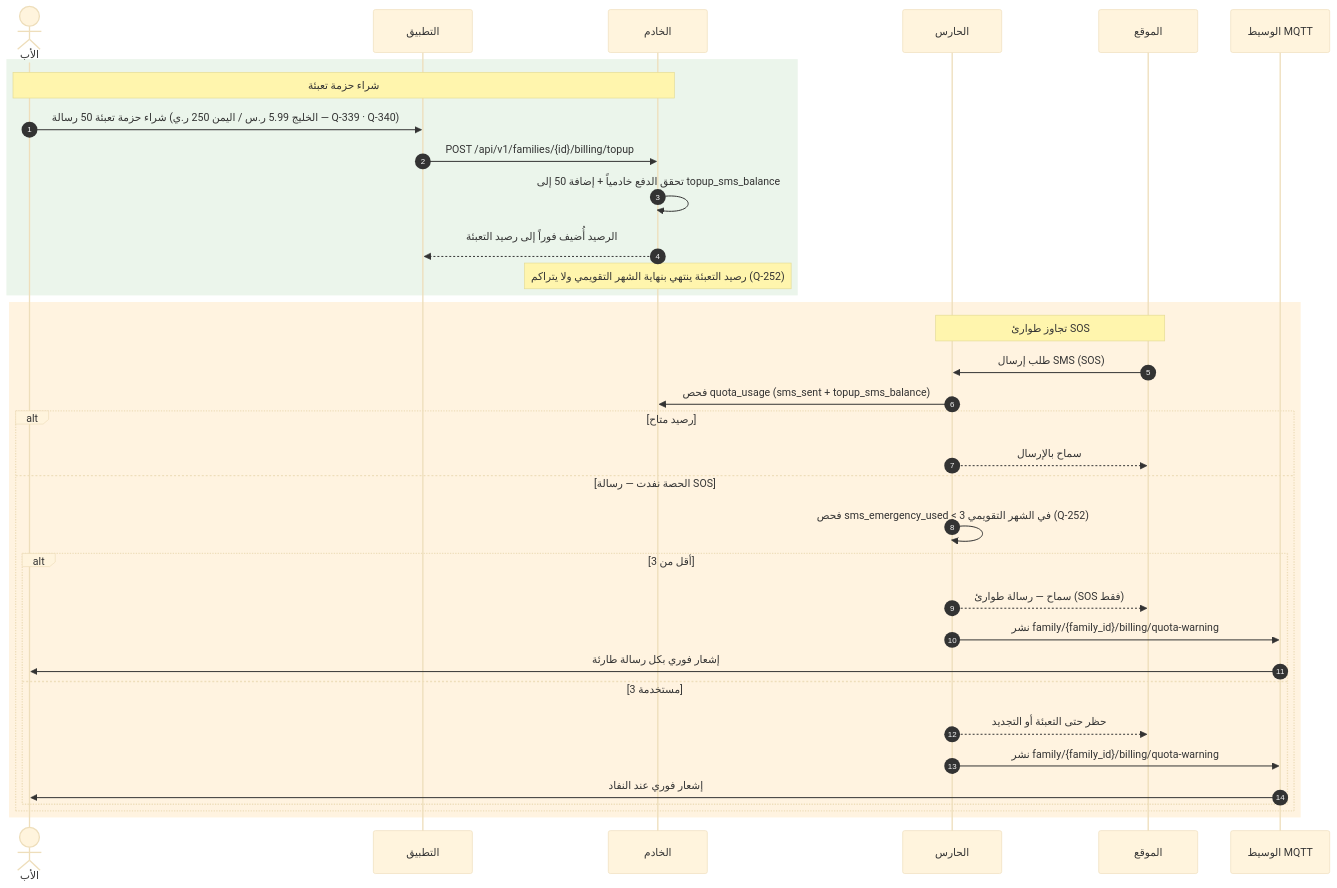
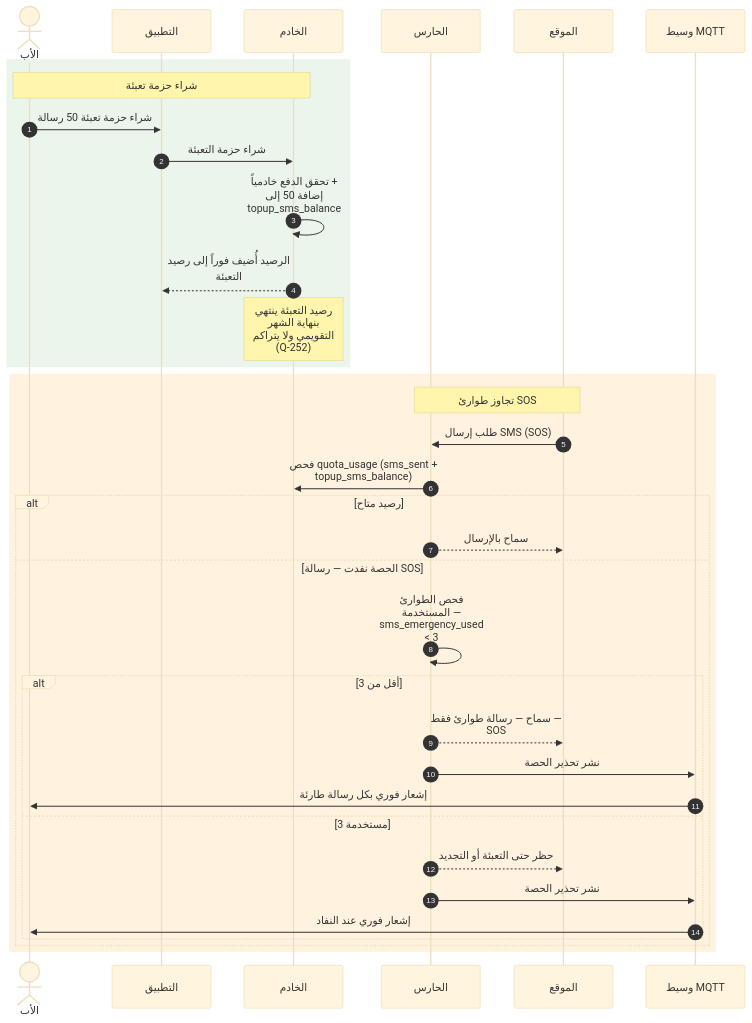
One commit to Bassam-mohammed-alqaeadi/family-os-v2 changed the fifth of 25 diagrams in docs/family-os/governance/phases/phase-1/S1-04-plans-and-subscriptions/DIAGRAMS.md. Above: the diagram before and after it, drawn with Mermaid (base theme). The commit also changed other lines of this file, not shown here.

````diff
--- a/docs/family-os/governance/phases/phase-1/S1-04-plans-and-subscriptions/DIAGRAMS.md
+++ b/docs/family-os/governance/phases/phase-1/S1-04-plans-and-subscriptions/DIAGRAMS.md
@@ -251,37 +253,38 @@
 ```mermaid
+%%{init: {"sequence": {"wrap": true}}}%%
 sequenceDiagram
     autonumber
     actor Father as الأب
     participant App as التطبيق
     participant Ktor as الخادم
     participant Guard as الحارس
     participant S107 as الموقع
-    participant Broker as الوسيط MQTT
+    participant MQTT as وسيط MQTT
     rect rgb(235, 245, 235)
         Note over Father,Ktor: شراء حزمة تعبئة
-        Father->>App: شراء حزمة تعبئة 50 رسالة (الخليج 5.99 ر.س / اليمن 250 ر.ي — Q-339 · Q-340)
-        App->>Ktor: POST /api/v1/families/{id}/billing/topup
+        Father->>App: شراء حزمة تعبئة 50 رسالة
+        App->>Ktor: شراء حزمة التعبئة
         Ktor->>Ktor: تحقق الدفع خادمياً + إضافة 50 إلى topup_sms_balance
         Ktor-->>App: الرصيد أُضيف فوراً إلى رصيد التعبئة
         Note over Ktor: رصيد التعبئة ينتهي بنهاية الشهر التقويمي ولا يتراكم (Q-252)
     end
     rect rgb(255, 243, 224)
         Note over S107,Guard: تجاوز طوارئ SOS
         S107->>Guard: طلب إرسال SMS (SOS)
         Guard->>Ktor: فحص quota_usage (sms_sent + topup_sms_balance)
         alt رصيد متاح
             Guard-->>S107: سماح بالإرسال
         else الحصة نفدت — رسالة SOS
-            Guard->>Guard: فحص sms_emergency_used < 3 في الشهر التقويمي (Q-252)
+            Guard->>Guard: فحص الطوارئ المستخدمة — sms_emergency_used < 3
             alt أقل من 3
-                Guard-->>S107: سماح — رسالة طوارئ (SOS فقط)
-                Guard->>Broker: نشر family/{family_id}/billing/quota-warning
-                Broker->>Father: إشعار فوري بكل رسالة طارئة
+                Guard-->>S107: سماح — رسالة طوارئ فقط — SOS
+                Guard->>MQTT: نشر تحذير الحصة
+                MQTT->>Father: إشعار فوري بكل رسالة طارئة
             else 3 مستخدمة
                 Guard-->>S107: حظر حتى التعبئة أو التجديد
-                Guard->>Broker: نشر family/{family_id}/billing/quota-warning
-                Broker->>Father: إشعار فوري عند النفاد
+                Guard->>MQTT: نشر تحذير الحصة
+                MQTT->>Father: إشعار فوري عند النفاد
             end
         end
     end
 ```
````
